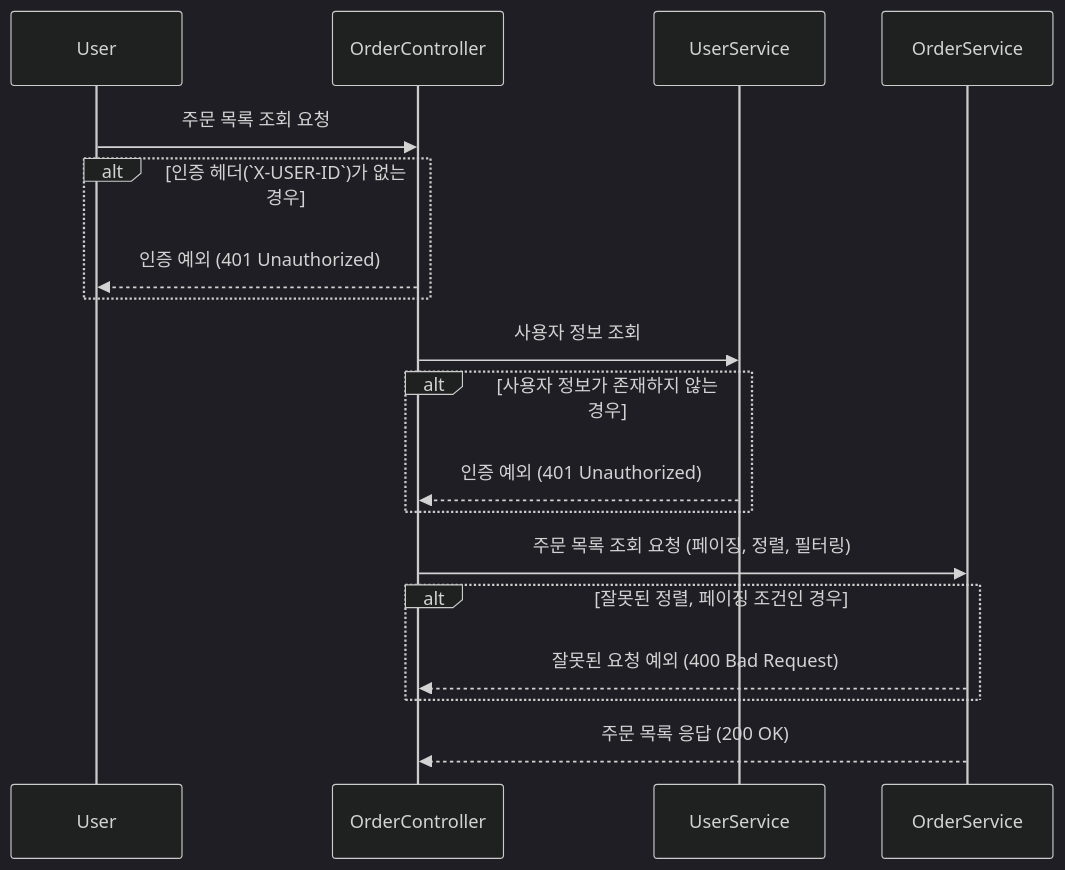
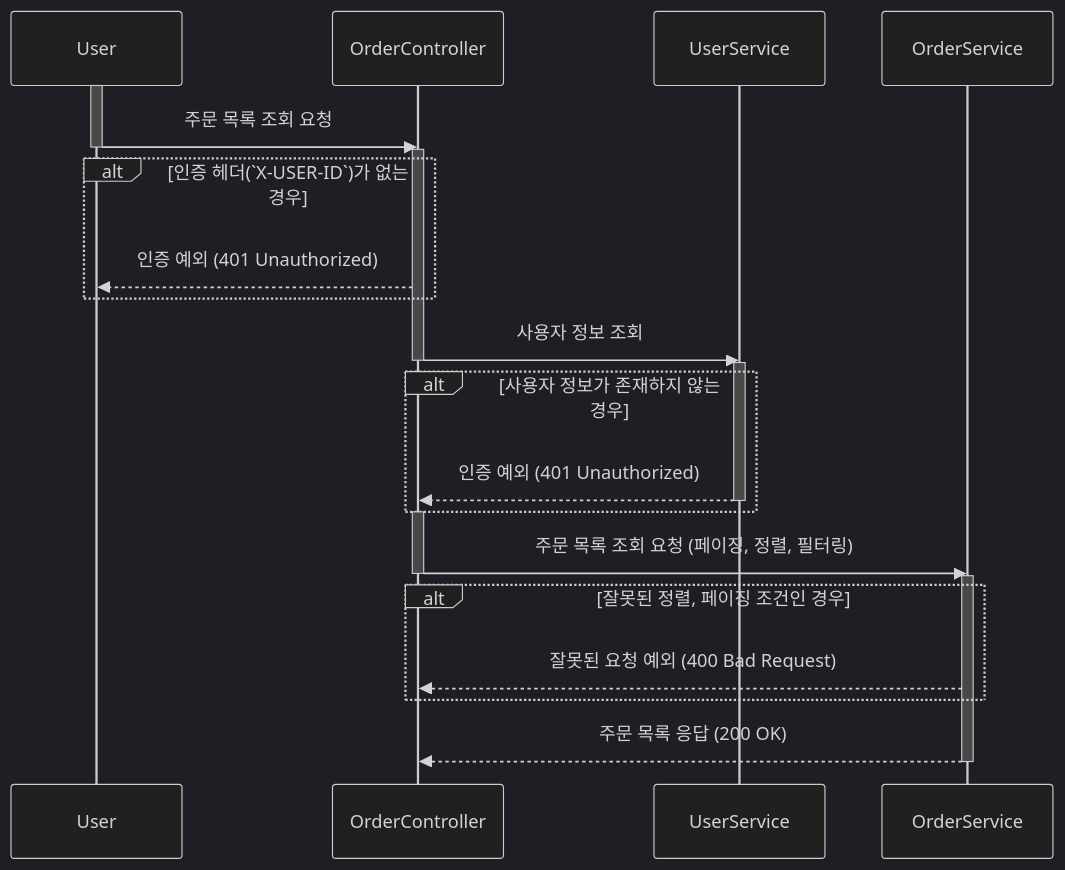
Before and after one commit to kiekk/gamsung-commerce: the first of 2 diagrams in docs/design/02-sequence-diagrams/order.md, drawn with Mermaid (dark theme). The commit also changed other lines of this file and 5 other files, not shown here.

First line of the commit message:
docs: 시퀀스 다이어그램 activate bar 추가

````diff
--- a/docs/design/02-sequence-diagrams/order.md
+++ b/docs/design/02-sequence-diagrams/order.md
@@ -4,21 +5,30 @@
 ```mermaid
 sequenceDiagram
     participant User
     participant OrderController
     participant UserService
     participant OrderService
+    activate User
     User ->> OrderController: 주문 목록 조회 요청
+    deactivate User
+    activate OrderController
     alt 인증 헤더(`X-USER-ID`)가 없는 경우
         OrderController -->> User: 인증 예외 (401 Unauthorized)
     end
     OrderController ->> UserService: 사용자 정보 조회
+    deactivate OrderController
+    activate UserService
     alt 사용자 정보가 존재하지 않는 경우
         UserService -->> OrderController: 인증 예외 (401 Unauthorized)
+        deactivate UserService
     end
+    activate OrderController
     OrderController ->> OrderService: 주문 목록 조회 요청 (페이징, 정렬, 필터링)
+    deactivate OrderController
+    activate OrderService
     alt 잘못된 정렬, 페이징 조건인 경우
         OrderService -->> OrderController: 잘못된 요청 예외 (400 Bad Request)
     end
     OrderService -->> OrderController: 주문 목록 응답 (200 OK)
-
+    deactivate OrderService
 ```
````
